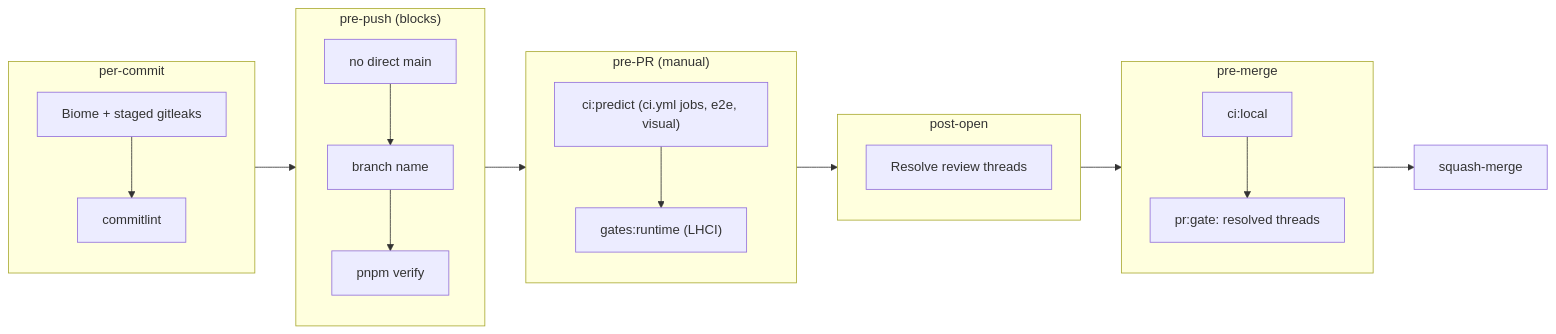
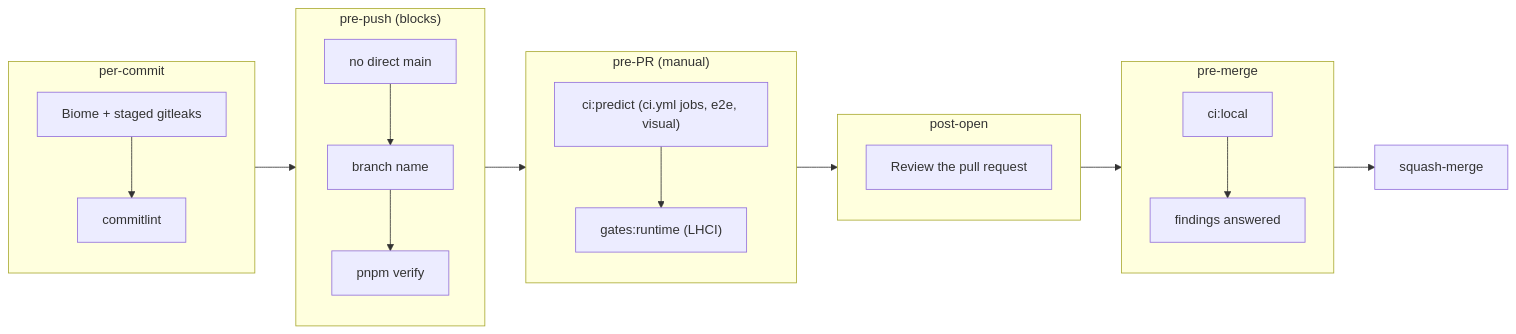
Before and after one commit to erikunha/portfolio: the second of 2 diagrams in docs/handbook/development-lifecycle.md, drawn with Mermaid. The commit also changed other lines of this file and 28 other files, not shown here.

````diff
--- a/docs/handbook/development-lifecycle.md
+++ b/docs/handbook/development-lifecycle.md
@@ -99,19 +99,19 @@
 ```mermaid
 flowchart LR
     subgraph commit["per-commit"]
         g1["Biome + staged gitleaks"] --> g2["commitlint"]
     end
     subgraph prepush["pre-push (blocks)"]
         g3["no direct main"] --> g4["branch name"] --> g7["pnpm verify"]
     end
     subgraph prepr["pre-PR (manual)"]
         g8["ci:predict (ci.yml jobs, e2e, visual)"] --> g11["gates:runtime (LHCI)"]
     end
     subgraph open["post-open"]
-        g13["Resolve review threads"]
+        g13["Review the pull request"]
     end
     subgraph premerge["pre-merge"]
-        g15["ci:local"] --> g18["pr:gate: resolved threads"]
+        g15["ci:local"] --> g18["findings answered"]
     end
     commit --> prepush --> prepr --> open --> premerge --> merge["squash-merge"]
 ```
````
